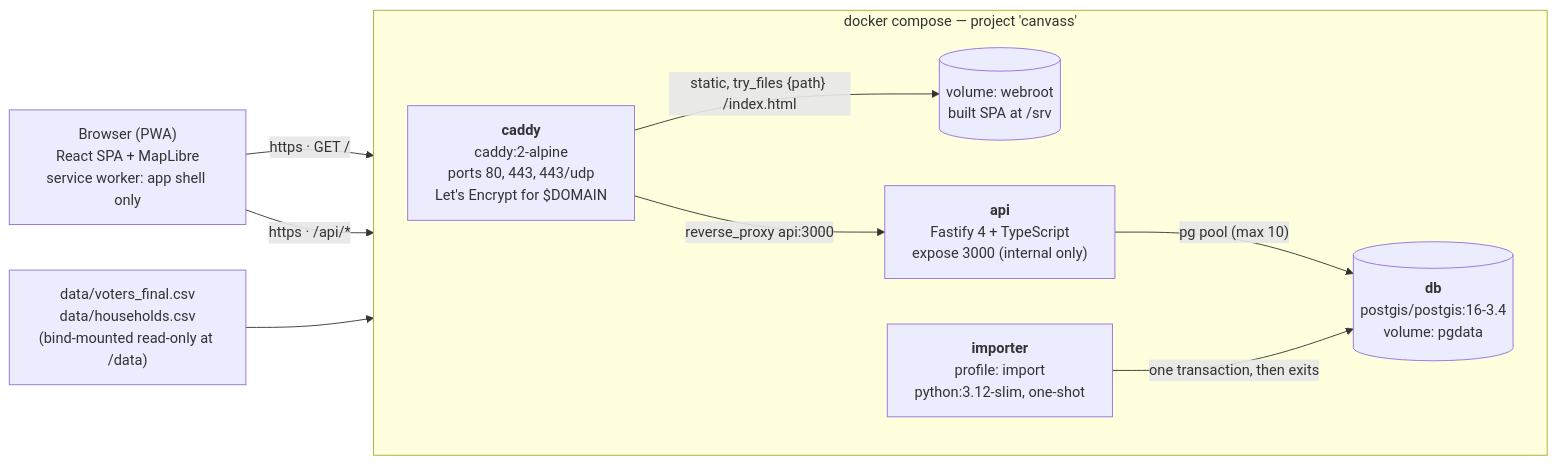
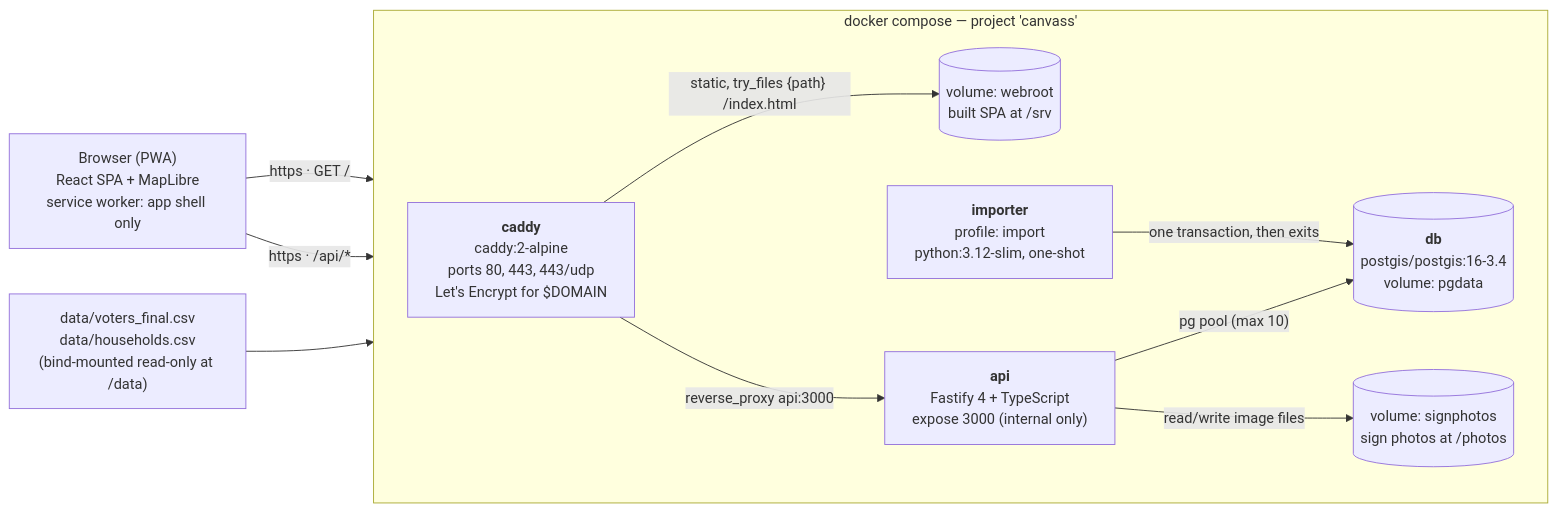
The first of 2 diagrams in docs/README.md (smhunt/CanvassOS), drawn with Mermaid before and after one commit. The commit also changed other lines of this file and 7 other files, not shown here.

````diff
--- a/docs/README.md
+++ b/docs/README.md
@@ -25,23 +38,25 @@
 ```mermaid
 flowchart LR
     B["Browser (PWA)<br/>React SPA + MapLibre<br/>service worker: app shell only"]
 
     subgraph compose["docker compose — project 'canvass'"]
         direction LR
         CA["<b>caddy</b><br/>caddy:2-alpine<br/>ports 80, 443, 443/udp<br/>Let's Encrypt for $DOMAIN"]
         WEBV[("volume: webroot<br/>built SPA at /srv")]
         API["<b>api</b><br/>Fastify 4 + TypeScript<br/>expose 3000 (internal only)"]
+        PHOTOS[("volume: signphotos<br/>sign photos at /photos")]
         DB[("<b>db</b><br/>postgis/postgis:16-3.4<br/>volume: pgdata")]
         IMP["<b>importer</b><br/>profile: import<br/>python:3.12-slim, one-shot"]
     end
 
     CSV["data/voters_final.csv<br/>data/households.csv<br/>(bind-mounted read-only at /data)"]
 
     B -- "https · GET /" --> CA
     B -- "https · /api/*" --> CA
     CA -- "static, try_files {path} /index.html" --> WEBV
     CA -- "reverse_proxy api:3000" --> API
     API -- "pg pool (max 10)" --> DB
+    API -- "read/write image files" --> PHOTOS
     CSV --> IMP
     IMP -- "one transaction, then exits" --> DB
 ```
````
